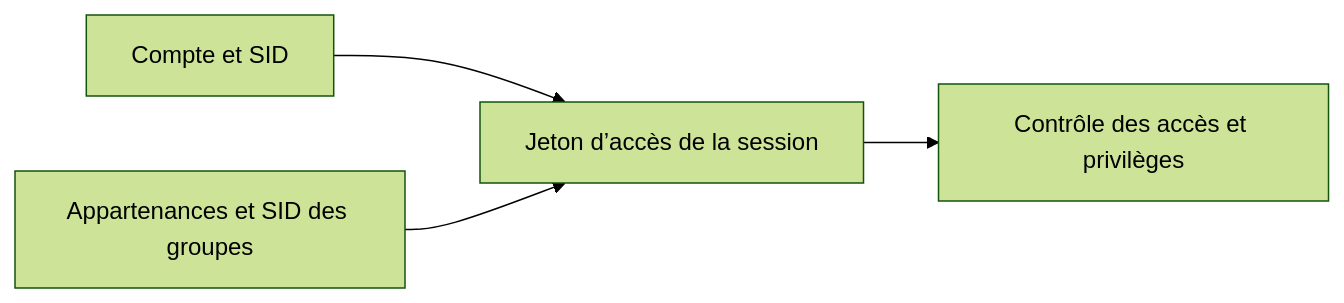
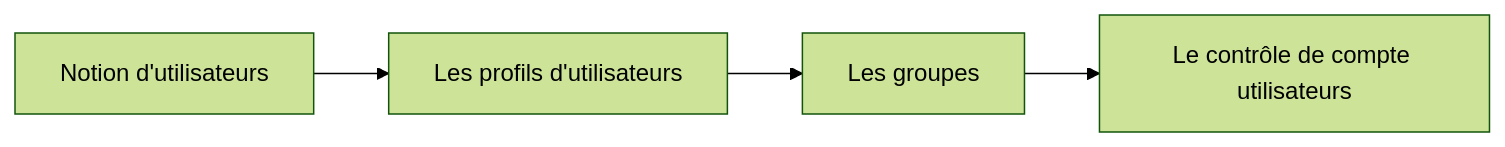
Before and after one commit to sk34pk25/tssr-cours: the third of 5 diagrams in docs/modules/02-systemes-clients-microsoft/module-05-les-utilisateurs-et-les-groupes.md, drawn with Mermaid (forest theme). The commit also changed other lines of this file and 13 other files, not shown here.

````diff
--- a/docs/modules/02-systemes-clients-microsoft/module-05-les-utilisateurs-et-les-groupes.md
+++ b/docs/modules/02-systemes-clients-microsoft/module-05-les-utilisateurs-et-les-groupes.md
@@ -54,6 +122,10 @@
 ```mermaid
 flowchart LR
-    A["Compte et SID"] --> C["Jeton d’accès de la session"]
-    B["Appartenances et SID des groupes"] --> C
-    C --> D["Contrôle des accès et privilèges"]
+    N1["Notion d'utilisateurs"]
+    N2["Les profils d'utilisateurs"]
+    N3["Les groupes"]
+    N4["Le contrôle de compte utilisateurs"]
+    N1 --> N2
+    N2 --> N3
+    N3 --> N4
 ```
````
